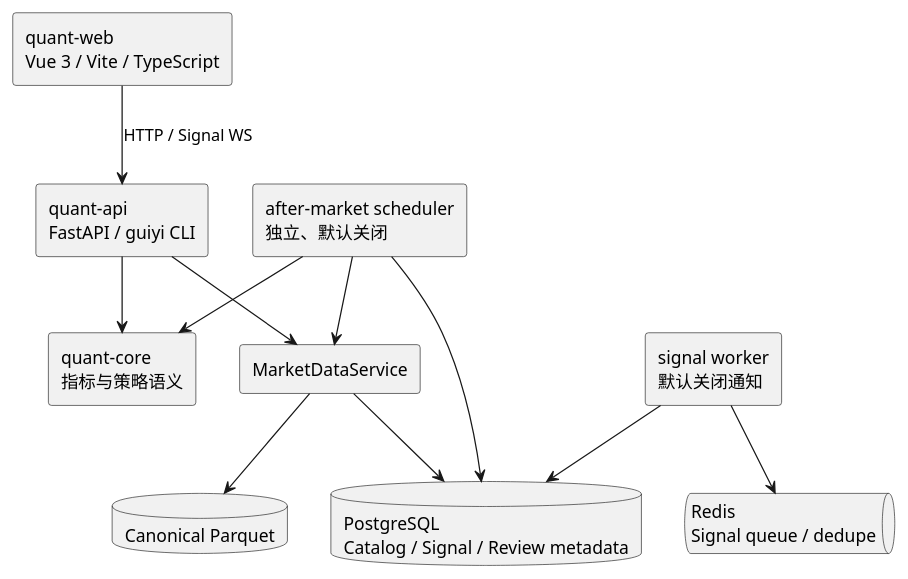
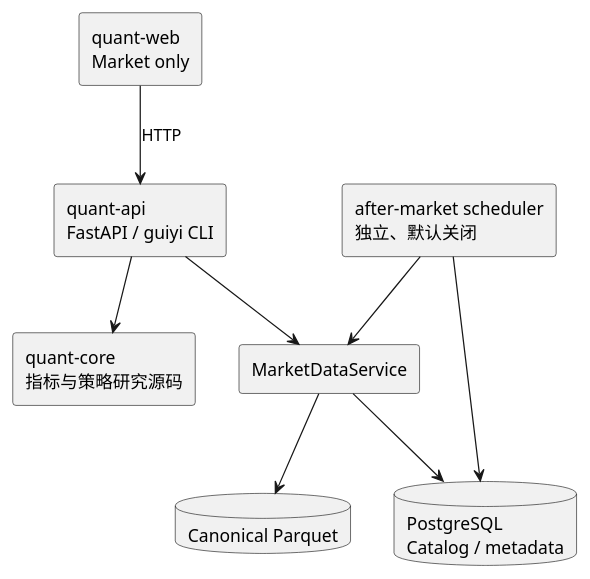
Before and after one commit to firehell/guiyi-quant-workstation: the second of 2 diagrams in docs/ARCHITECTURE.md, drawn with PlantUML. The commit also changed other lines of this file and 185 other files, not shown here.

First line of the commit message:
docs/fix: Market-only 文档收口并对齐 dominants Catalog

````diff
--- a/docs/ARCHITECTURE.md
+++ b/docs/ARCHITECTURE.md
@@ -62,25 +61,20 @@
 ```plantuml
 @startuml
 skinparam componentStyle rectangle
-component "quant-web\nVue 3 / Vite / TypeScript" as Web
+component "quant-web\nMarket only" as Web
 component "quant-api\nFastAPI / guiyi CLI" as API
-component "quant-core\n指标与策略语义" as Core
-component "signal worker\n默认关闭通知" as SignalWorker
+component "quant-core\n指标与策略研究源码" as Core
 component "after-market scheduler\n独立、默认关闭" as EOD
-database "PostgreSQL\nCatalog / Signal / Review metadata" as PG
-queue "Redis\nSignal queue / dedupe" as Redis
+database "PostgreSQL\nCatalog / metadata" as PG
 database "Canonical Parquet" as Parquet
 component "MarketDataService" as Market
 
-Web --> API : HTTP / Signal WS
+Web --> API : HTTP
 API --> Market
 Market --> Parquet
 Market --> PG
 API --> Core
-SignalWorker --> Redis
-SignalWorker --> PG
 EOD --> Market
-EOD --> Core
 EOD --> PG
 @enduml
 ```
````
